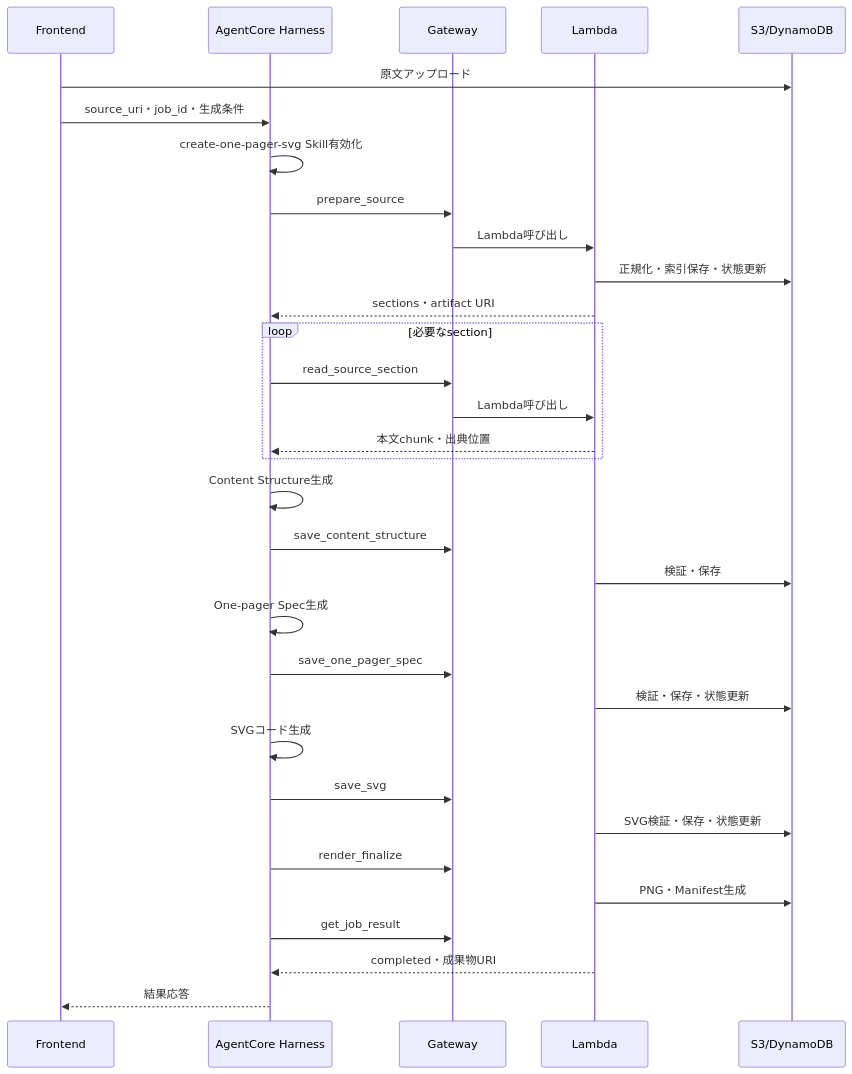
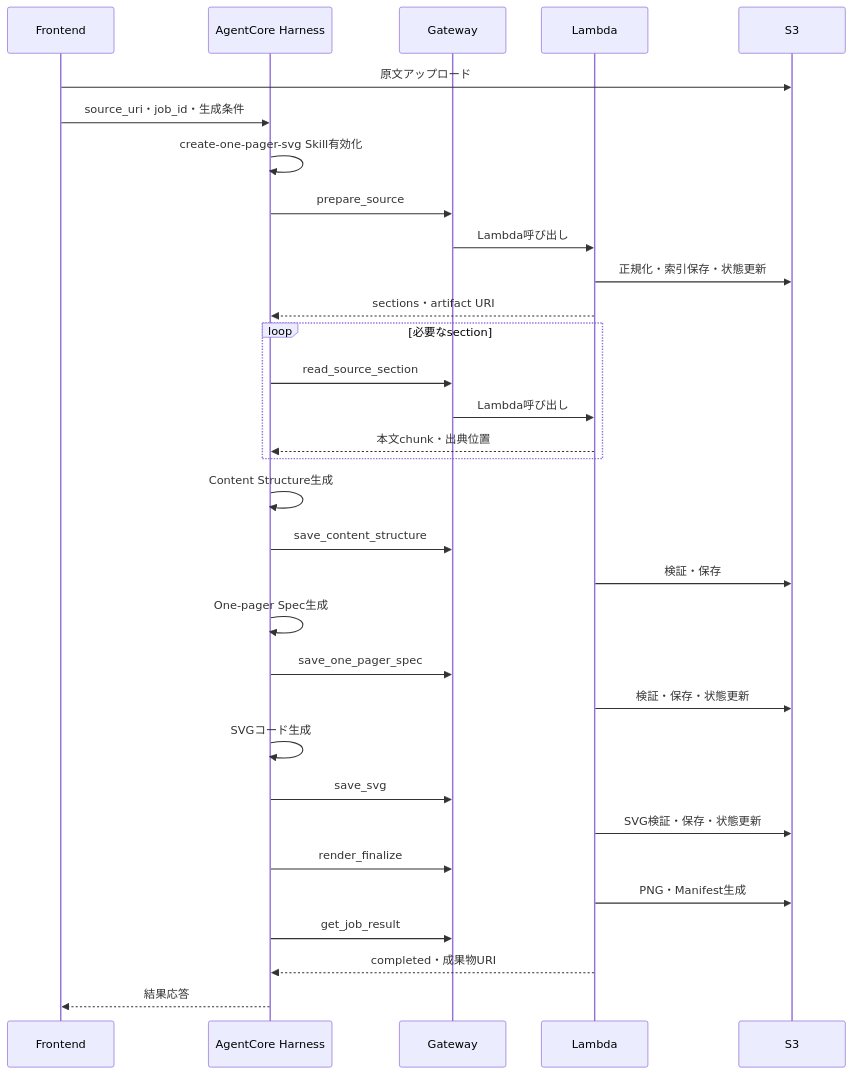
The second of 2 diagrams in docs/agentcore-harness-one-pager-spec.md (yu37330/skills), drawn with Mermaid before and after one commit. The commit also changed other lines of this file and 2 other files, not shown here.

````diff
--- a/docs/agentcore-harness-one-pager-spec.md
+++ b/docs/agentcore-harness-one-pager-spec.md
@@ -239,35 +237,35 @@
 ```mermaid
 sequenceDiagram
     participant UI as Frontend
     participant H as AgentCore Harness
     participant G as Gateway
     participant L as Lambda
-    participant S as S3/DynamoDB
+    participant S as S3
 
     UI->>S: 原文アップロード
     UI->>H: source_uri・job_id・生成条件
     H->>H: create-one-pager-svg Skill有効化
     H->>G: prepare_source
     G->>L: Lambda呼び出し
     L->>S: 正規化・索引保存・状態更新
     L-->>H: sections・artifact URI
     loop 必要なsection
         H->>G: read_source_section
         G->>L: Lambda呼び出し
         L-->>H: 本文chunk・出典位置
     end
     H->>H: Content Structure生成
     H->>G: save_content_structure
     L->>S: 検証・保存
     H->>H: One-pager Spec生成
     H->>G: save_one_pager_spec
     L->>S: 検証・保存・状態更新
     H->>H: SVGコード生成
     H->>G: save_svg
     L->>S: SVG検証・保存・状態更新
     H->>G: render_finalize
     L->>S: PNG・Manifest生成
     H->>G: get_job_result
     L-->>H: completed・成果物URI
     H-->>UI: 結果応答
 ```
````
